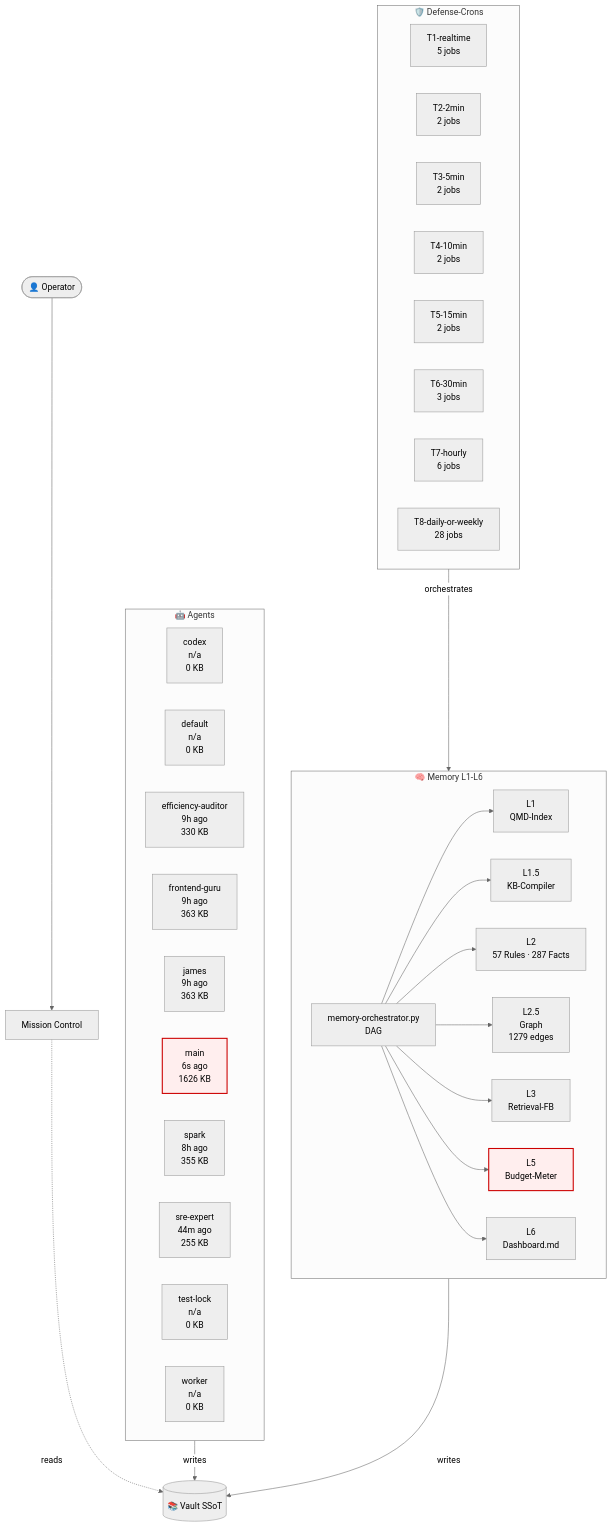
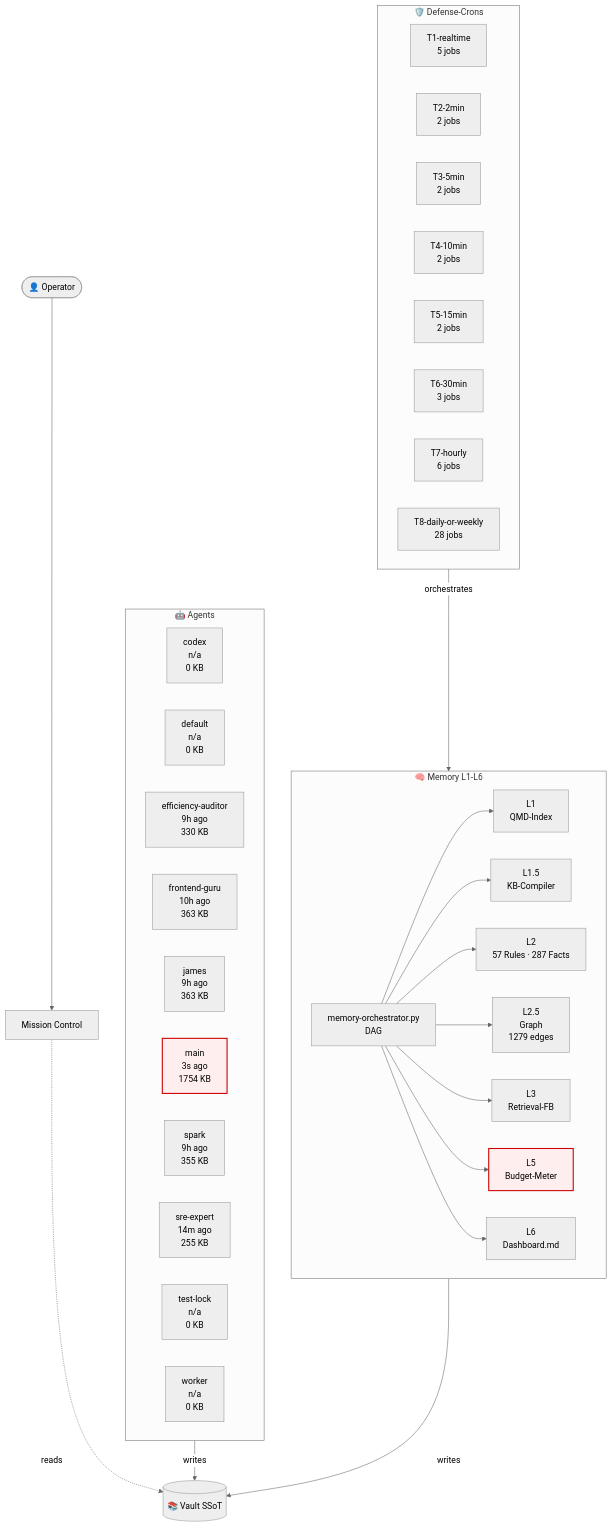
The diagram in 03-Agents/architecture-live.md (lenardhuebner88-rgb/openclaw-memory), drawn with Mermaid (neutral theme) before and after one commit. The commit also changed other lines of this file and 13 other files, not shown here.

````diff
--- a/03-Agents/architecture-live.md
+++ b/03-Agents/architecture-live.md
@@ -18,53 +18,53 @@
 ```mermaid
 flowchart TB
     classDef critical fill:#fee,stroke:#c00,stroke-width:2px;
     subgraph AGT["🤖 Agents"]
         agent_codex["codex<br/>n/a<br/>0 KB"]
         agent_default["default<br/>n/a<br/>0 KB"]
         agent_efficiency_auditor["efficiency-auditor<br/>9h ago<br/>330 KB"]
-        agent_frontend_guru["frontend-guru<br/>9h ago<br/>363 KB"]
+        agent_frontend_guru["frontend-guru<br/>10h ago<br/>363 KB"]
         agent_james["james<br/>9h ago<br/>363 KB"]
-        agent_main["main<br/>6s ago<br/>1626 KB"]
-        agent_spark["spark<br/>8h ago<br/>355 KB"]
-        agent_sre_expert["sre-expert<br/>44m ago<br/>255 KB"]
+        agent_main["main<br/>3s ago<br/>1754 KB"]
+        agent_spark["spark<br/>9h ago<br/>355 KB"]
+        agent_sre_expert["sre-expert<br/>14m ago<br/>255 KB"]
         agent_test_lock["test-lock<br/>n/a<br/>0 KB"]
         agent_worker["worker<br/>n/a<br/>0 KB"]
     end
     subgraph MEM["🧠 Memory L1-L6"]
         L1["L1<br/>QMD-Index"]
         L15["L1.5<br/>KB-Compiler"]
         L2["L2<br/>57 Rules · 287 Facts"]
         L25["L2.5<br/>Graph<br/>1279 edges"]
         L3["L3<br/>Retrieval-FB"]
         L5["L5<br/>Budget-Meter"]
         L6["L6<br/>Dashboard.md"]
         ORCH["memory-orchestrator.py<br/>DAG"]
     end
     subgraph CRN["🛡️ Defense-Crons"]
         tier_T1_realtime["T1-realtime<br/>5 jobs"]
         tier_T2_2min["T2-2min<br/>2 jobs"]
         tier_T3_5min["T3-5min<br/>2 jobs"]
         tier_T4_10min["T4-10min<br/>2 jobs"]
         tier_T5_15min["T5-15min<br/>2 jobs"]
         tier_T6_30min["T6-30min<br/>3 jobs"]
         tier_T7_hourly["T7-hourly<br/>6 jobs"]
         tier_T8_daily_or_weekly["T8-daily-or-weekly<br/>28 jobs"]
     end
     VAULT[("📚 Vault SSoT")]
     OP([👤 Operator])
     MC["Mission Control"]
     OP --> MC
     MC -.reads.-> VAULT
     AGT -->|writes| VAULT
     MEM -->|writes| VAULT
     ORCH --> L1
     ORCH --> L15
     ORCH --> L2
     ORCH --> L25
     ORCH --> L3
     ORCH --> L5
     ORCH --> L6
     CRN -->|orchestrates| MEM
     class L5 critical
     class agent_main critical
 ```
````
